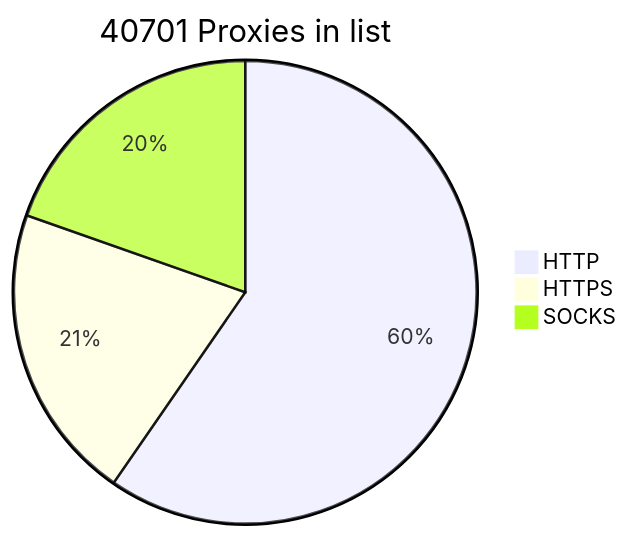
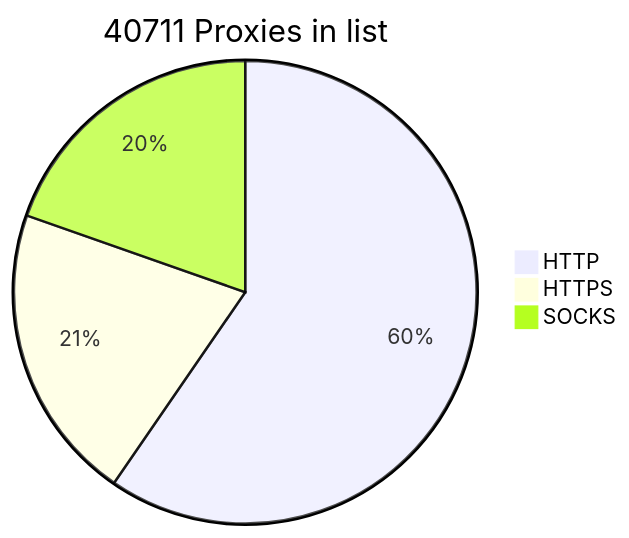
One commit to BlackSnowDot/proxylist-update-every-minute changed the diagram in README.md. Above: the diagram before and after it, drawn with Mermaid. The commit also changed other lines of this file, not shown here.

````diff
--- a/README.md
+++ b/README.md
@@ -2,6 +2,6 @@
 ```mermaid
-pie title 40701 Proxies in list
-    "HTTP" : 28177
-    "HTTPS": 9817
-    "SOCKS" : 9270
+pie title 40711 Proxies in list
+    "HTTP" : 28189
+    "HTTPS": 9834
+    "SOCKS" : 9282
 ```
````
